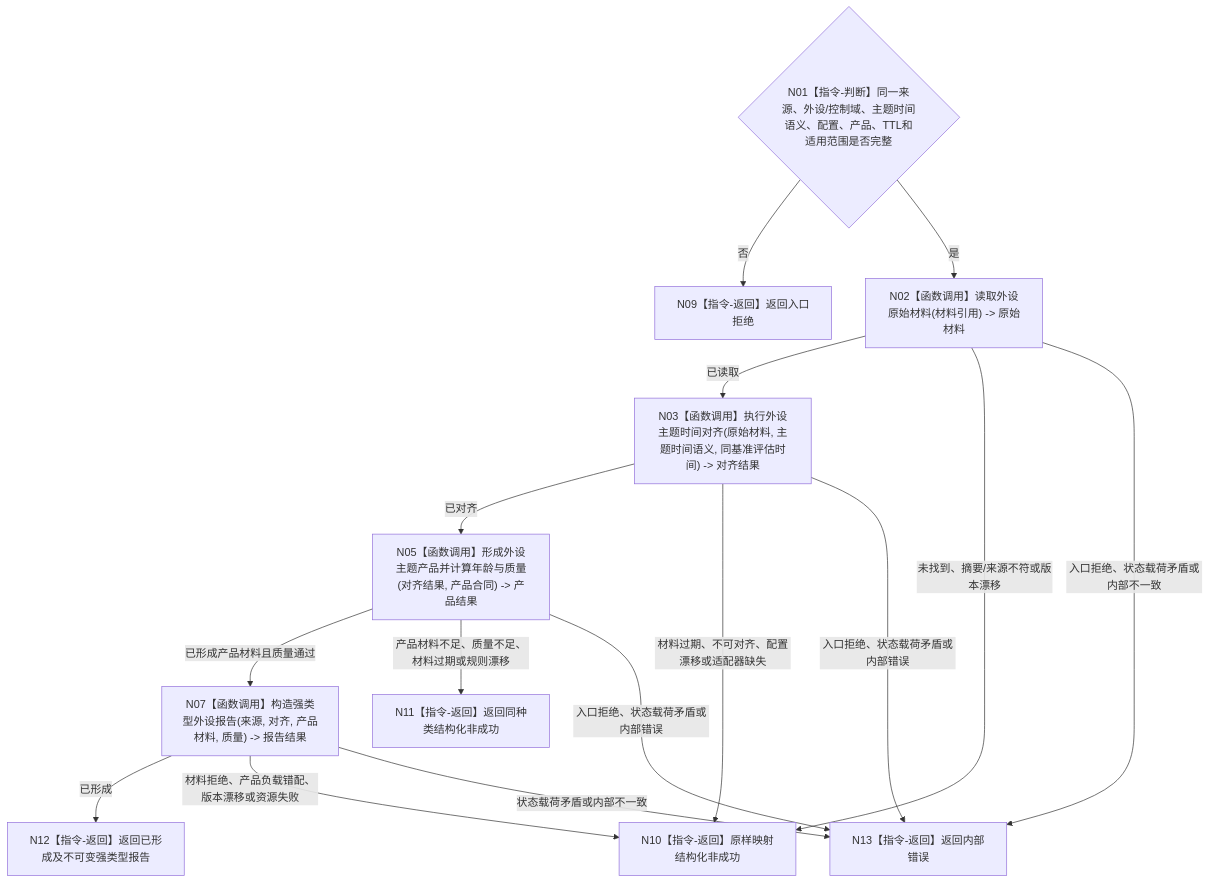
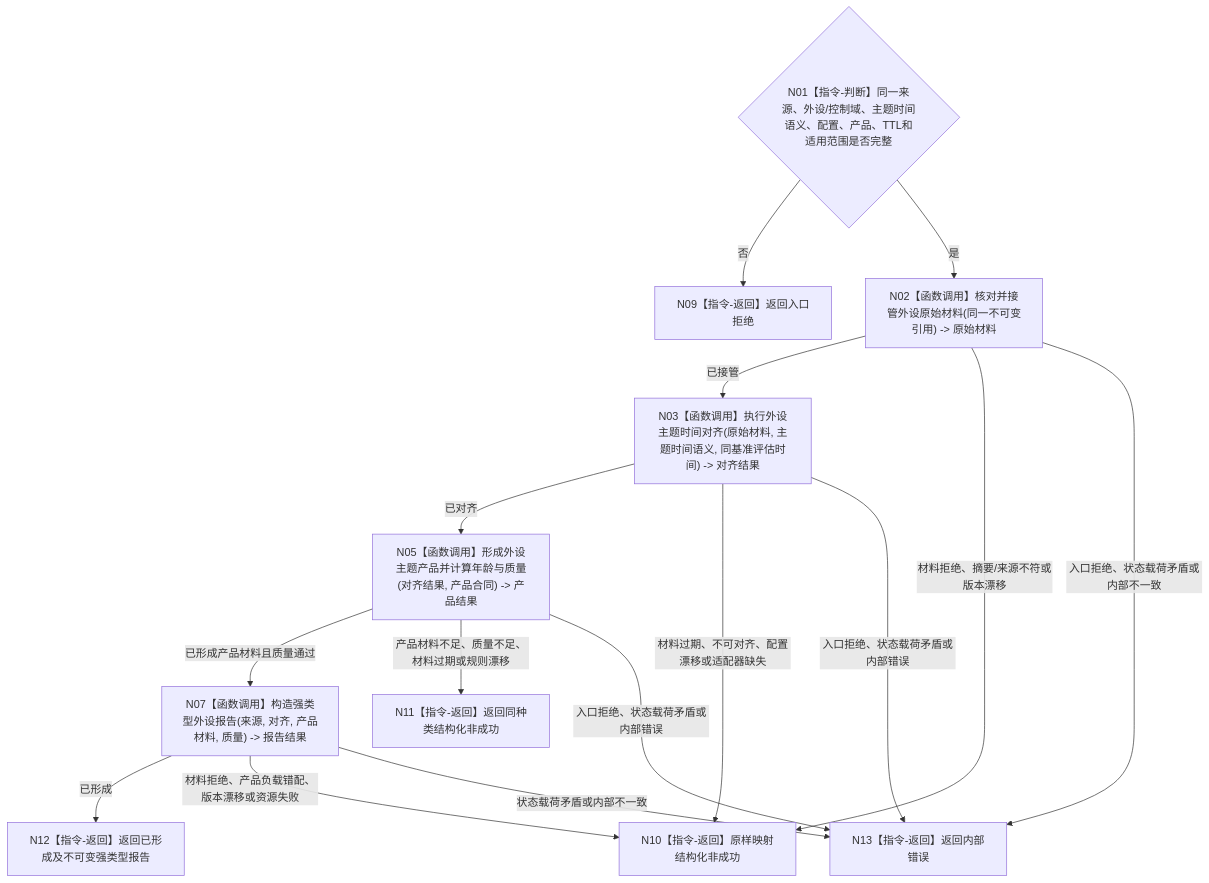
One commit to chunhaizh-cyber/HY-Ego changed the diagram in 流程图/目标业务流程图/L2/BIZ-L2-006-03_时间对齐并形成强类型外设报告_目标函数流程图_v0.2.md. Above: the diagram before and after it, drawn with Mermaid. The commit also changed other lines of this file and 20 other files, not shown here.

Commit message:
校正 BIZ-L2-006 外设流程图

````diff
--- a/流程图/目标业务流程图/L2/BIZ-L2-006-03_时间对齐并形成强类型外设报告_目标函数流程图_v0.2.md
+++ b/流程图/目标业务流程图/L2/BIZ-L2-006-03_时间对齐并形成强类型外设报告_目标函数流程图_v0.2.md
@@ -30,17 +30,17 @@
 ```mermaid
 flowchart TD
     N01{"N01【指令-判断】同一来源、外设/控制域、主题时间语义、配置、产品、TTL和适用范围是否完整"} -->|否| N09["N09【指令-返回】返回入口拒绝"]
-    N01 -->|是| N02["N02【函数调用】读取外设原始材料(材料引用) -> 原始材料"]
-    N02 -->|已读取| N03["N03【函数调用】执行外设主题时间对齐(原始材料, 主题时间语义, 同基准评估时间) -> 对齐结果"]
-    N02 -->|未找到、摘要/来源不符或版本漂移| N10["N10【指令-返回】原样映射结构化非成功"]
+    N01 -->|是| N02["N02【函数调用】核对并接管外设原始材料(同一不可变引用) -> 原始材料"]
+    N02 -->|已接管| N03["N03【函数调用】执行外设主题时间对齐(原始材料, 主题时间语义, 同基准评估时间) -> 对齐结果"]
+    N02 -->|材料拒绝、摘要/来源不符或版本漂移| N10["N10【指令-返回】原样映射结构化非成功"]
     N02 -->|入口拒绝、状态载荷矛盾或内部不一致| N13["N13【指令-返回】返回内部错误"]
     N03 -->|已对齐| N05["N05【函数调用】形成外设主题产品并计算年龄与质量(对齐结果, 产品合同) -> 产品结果"]
     N03 -->|材料过期、不可对齐、配置漂移或适配器缺失| N10
     N03 -->|入口拒绝、状态载荷矛盾或内部错误| N13
     N05 -->|已形成产品材料且质量通过| N07["N07【函数调用】构造强类型外设报告(来源, 对齐, 产品材料, 质量) -> 报告结果"]
     N05 -->|产品材料不足、质量不足、材料过期或规则漂移| N11["N11【指令-返回】返回同种类结构化非成功"]
     N05 -->|入口拒绝、状态载荷矛盾或内部错误| N13
     N07 -->|已形成| N12["N12【指令-返回】返回已形成及不可变强类型报告"]
     N07 -->|材料拒绝、产品负载错配、版本漂移或资源失败| N10
     N07 -->|状态载荷矛盾或内部不一致| N13
 ```
````
